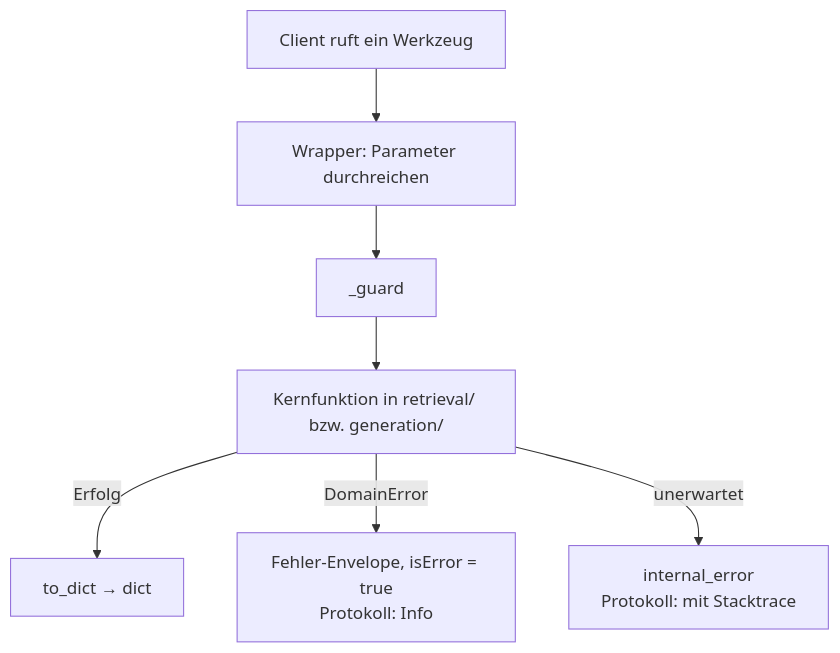
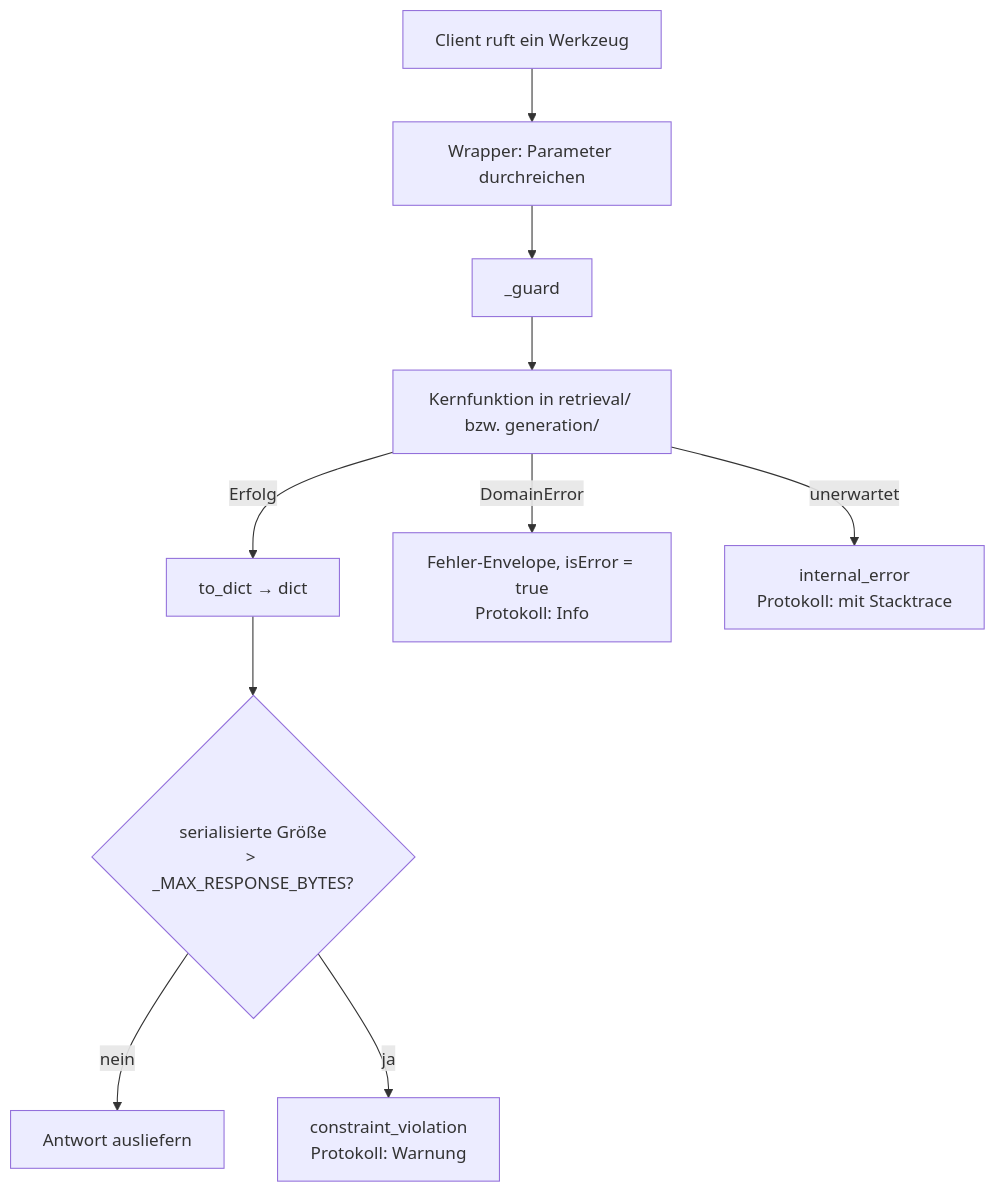
Before and after one commit to MomoEngineer/research-graphrag: the first of 3 diagrams in src/research_graphrag/mcp_server/doc/server.md, drawn with Mermaid. The commit also changed other lines of this file and 34 other files, not shown here.

````diff
--- a/src/research_graphrag/mcp_server/doc/server.md
+++ b/src/research_graphrag/mcp_server/doc/server.md
@@ -38,9 +44,12 @@
 ```mermaid
 flowchart TD
     A["Client ruft ein Werkzeug"] --> B["Wrapper: Parameter durchreichen"]
     B --> C["_guard"]
     C --> D["Kernfunktion in retrieval/ bzw. generation/"]
     D -- Erfolg --> E["to_dict → dict"]
+    E --> SZ{"serialisierte Größe<br/>> _MAX_RESPONSE_BYTES?"}
+    SZ -- nein --> OK["Antwort ausliefern"]
+    SZ -- ja --> TOOBIG["constraint_violation<br/>Protokoll: Warnung"]
     D -- DomainError --> F["Fehler-Envelope, isError = true<br/>Protokoll: Info"]
     D -- unerwartet --> G["internal_error<br/>Protokoll: mit Stacktrace"]
 ```
````
